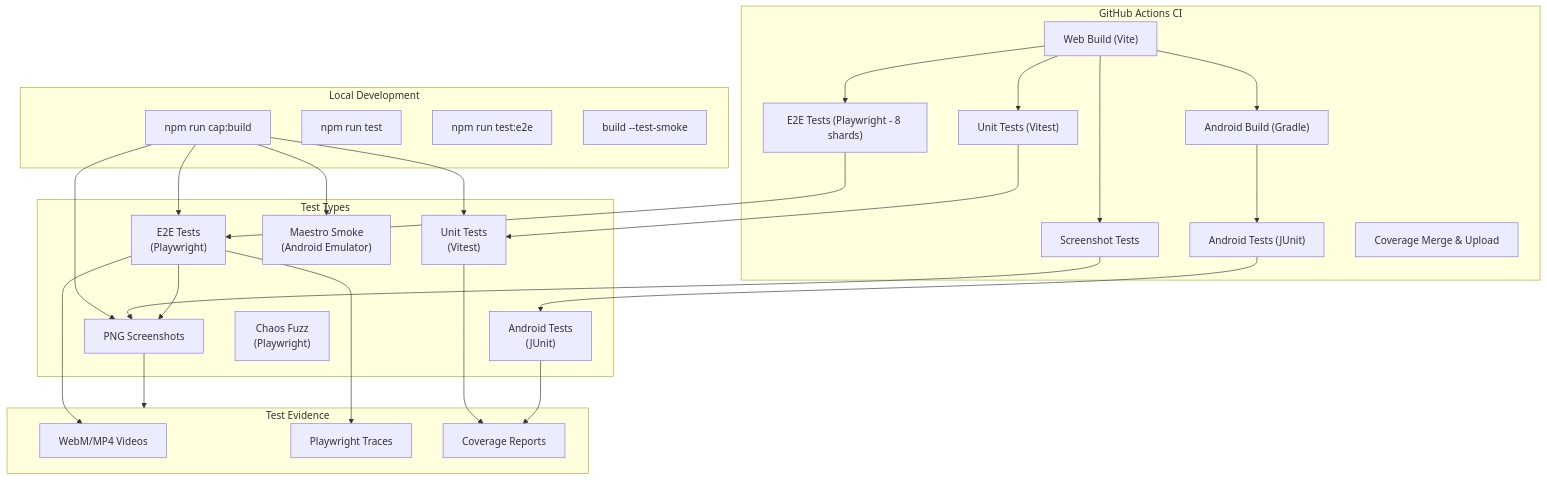
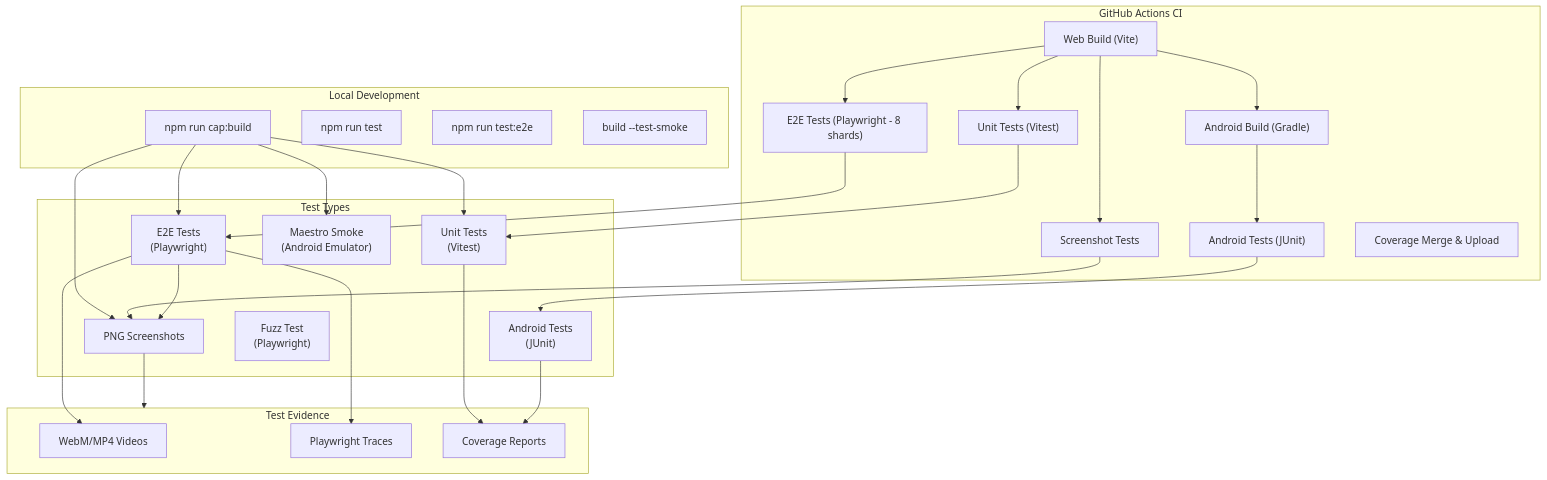
One commit to chrisgleissner/c64commander changed the third of 4 diagrams in doc/developer.md. Above: the diagram before and after it, drawn with Mermaid. The commit also changed other lines of this file and 6 other files, not shown here.

Commit message:
refactor: rename "Chaos Fuzz" to "Fuzz Test" across documentation and workflows for consistency

````diff
--- a/doc/developer.md
+++ b/doc/developer.md
@@ -525,58 +525,58 @@
 ```mermaid
 flowchart TB
   subgraph Local["Local Development"]
     LBuild["npm run cap:build"]
     LTest["npm run test"]
     LE2E["npm run test:e2e"]
     LSmoke["build --test-smoke"]
   end
 
   subgraph CI["GitHub Actions CI"]
     CIBuild["Web Build (Vite)"]
     CIUnit["Unit Tests (Vitest)"]
     CIE2E["E2E Tests (Playwright - 8 shards)"]
     CIScreenshots["Screenshot Tests"]
     CIAndroidBuild["Android Build (Gradle)"]
     CIAndroidTest["Android Tests (JUnit)"]
     CICoverage["Coverage Merge & Upload"]
   end
 
   subgraph TestTypes["Test Types"]
     Unit["Unit Tests<br/>(Vitest)"]
     E2E["E2E Tests<br/>(Playwright)"]
     Screenshots["Screenshot Tests<br/>(Playwright)"]
     Android["Android Tests<br/>(JUnit)"]
     Maestro["Maestro Smoke<br/>(Android Emulator)"]
-    Fuzz["Chaos Fuzz<br/>(Playwright)"]
+    Fuzz["Fuzz Test<br/>(Playwright)"]
   end
 
   subgraph Evidence["Test Evidence"]
     Screenshots["PNG Screenshots"]
     Videos["WebM/MP4 Videos"]
     Traces["Playwright Traces"]
     Coverage["Coverage Reports"]
   end
 
   LBuild --> Unit
   LBuild --> E2E
   LBuild --> Screenshots
   LBuild --> Maestro
 
   CIBuild --> CIUnit
   CIBuild --> CIE2E
   CIBuild --> CIScreenshots
   CIBuild --> CIAndroidBuild
   CIAndroidBuild --> CIAndroidTest
 
   CIUnit --> Unit
   CIE2E --> E2E
   CIScreenshots --> Screenshots
   CIAndroidTest --> Android
 
   Unit --> Coverage
   E2E --> Screenshots
   E2E --> Videos
   E2E --> Traces
   Screenshots --> Evidence
   Android --> Coverage
 ```
````
